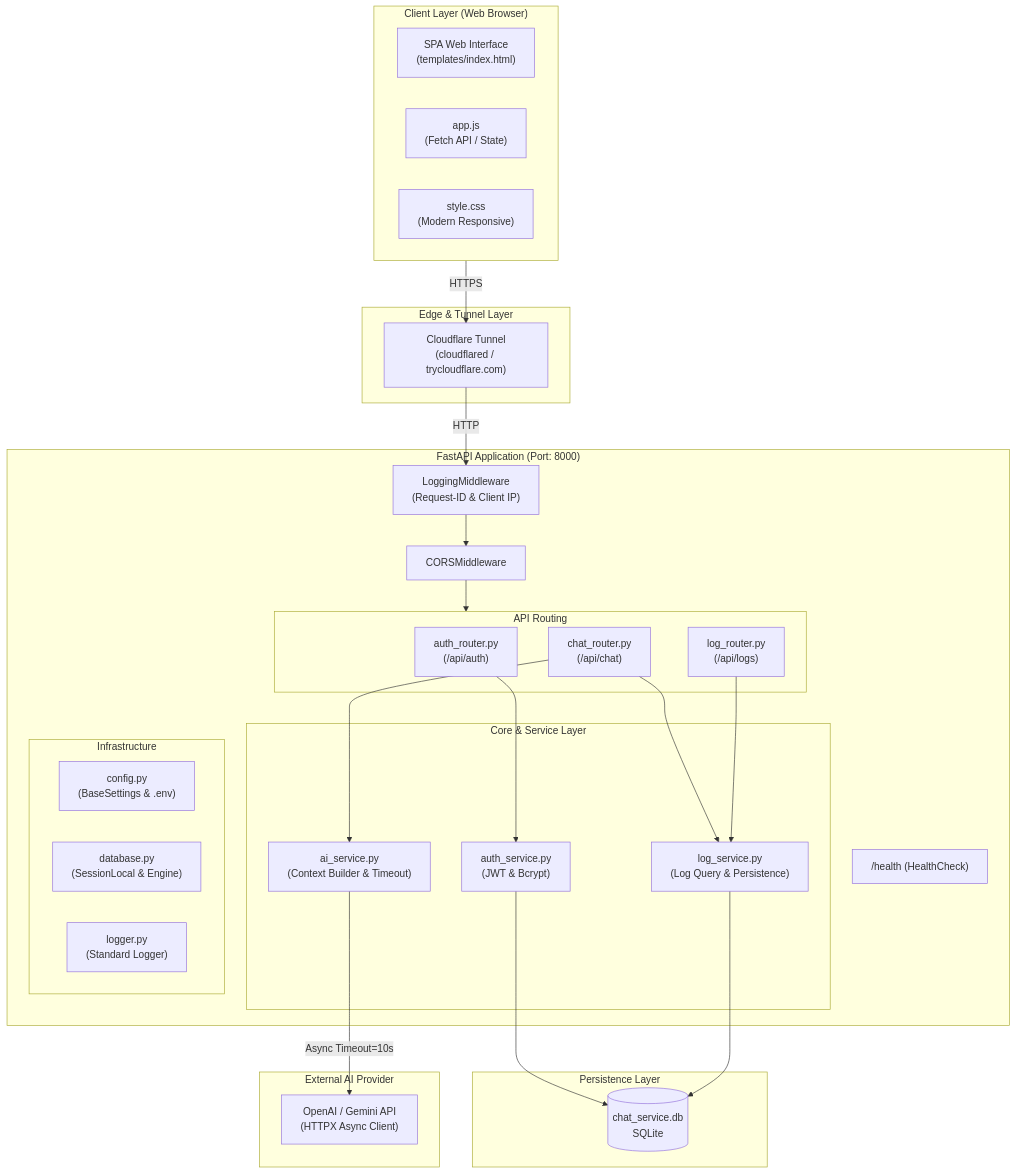
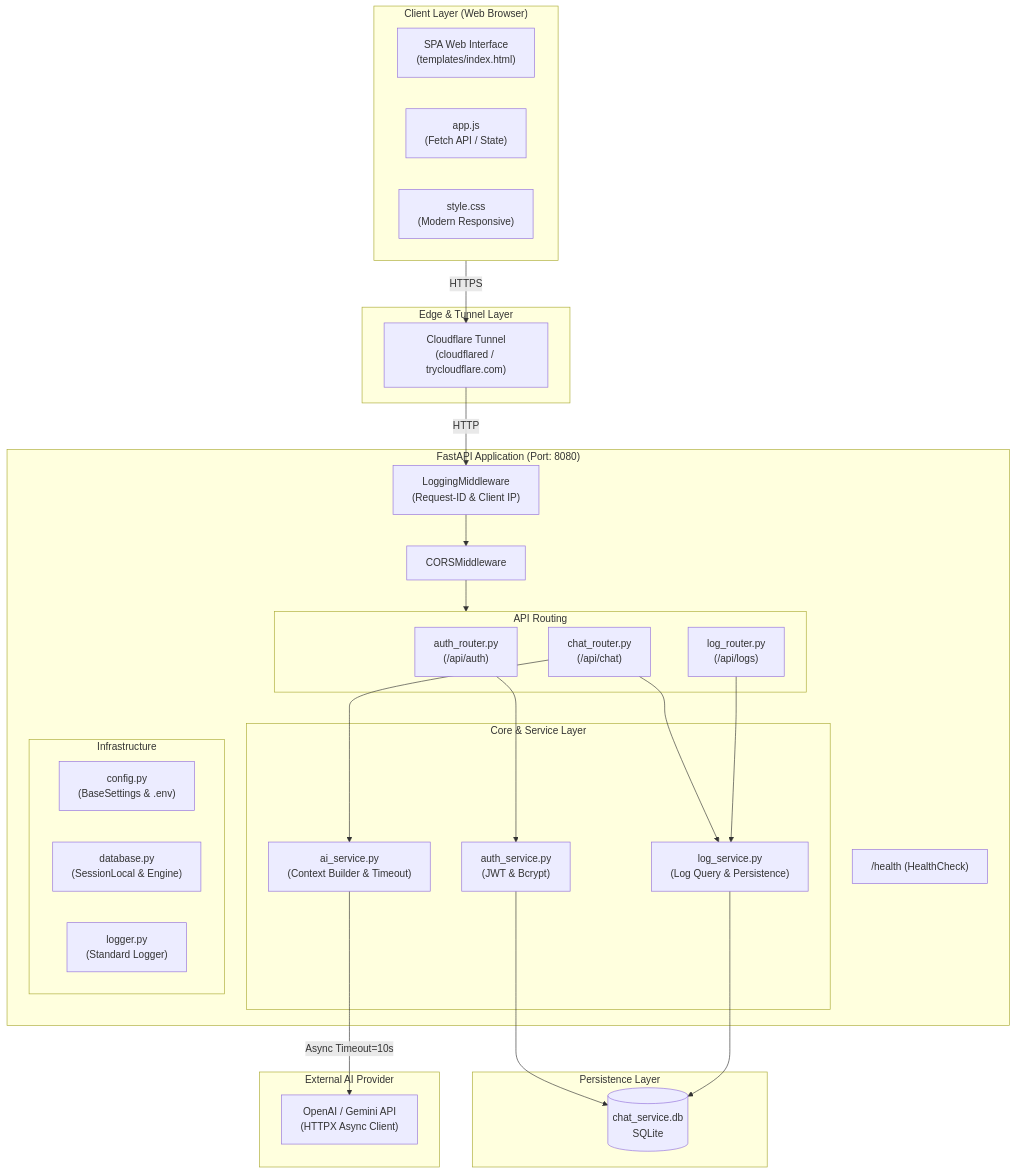
Before and after one commit to jha21vvv/codyssey-b7-1: the first of 2 diagrams in README.md, drawn with Mermaid. The commit also changed other lines of this file, not shown here.

````diff
--- a/README.md
+++ b/README.md
@@ -39,56 +39,56 @@
 ```mermaid
 flowchart TB
     subgraph Client ["Client Layer (Web Browser)"]
         UI["SPA Web Interface<br>(templates/index.html)"]
         JS["app.js<br>(Fetch API / State)"]
         CSS["style.css<br>(Modern Responsive)"]
     end
 
     subgraph Proxy ["Edge & Tunnel Layer"]
         CFTunnel["Cloudflare Tunnel<br>(cloudflared / trycloudflare.com)"]
     end
 
-    subgraph Backend ["FastAPI Application (Port: 8000)"]
+    subgraph Backend ["FastAPI Application (Port: 8080)"]
         MW["LoggingMiddleware<br>(Request-ID & Client IP)"]
         CORS["CORSMiddleware"]
         Health["/health (HealthCheck)"]
 
         subgraph Routers ["API Routing"]
             R_Auth["auth_router.py<br>(/api/auth)"]
             R_Chat["chat_router.py<br>(/api/chat)"]
             R_Log["log_router.py<br>(/api/logs)"]
         end
 
         subgraph Services ["Core & Service Layer"]
             S_Auth["auth_service.py<br>(JWT & Bcrypt)"]
             S_AI["ai_service.py<br>(Context Builder & Timeout)"]
             S_Log["log_service.py<br>(Log Query & Persistence)"]
         end
 
         subgraph Core ["Infrastructure"]
             CFG["config.py<br>(BaseSettings & .env)"]
             DB_ENG["database.py<br>(SessionLocal & Engine)"]
             LOG["logger.py<br>(Standard Logger)"]
         end
     end
 
     subgraph Storage ["Persistence Layer"]
         DB[(chat_service.db<br>SQLite)]
     end
 
     subgraph ExternalAI ["External AI Provider"]
         AI_API["OpenAI / Gemini API<br>(HTTPX Async Client)"]
     end
 
     Client -->|HTTPS| CFTunnel
     CFTunnel -->|HTTP| MW
     MW --> CORS
     CORS --> Routers
     R_Auth --> S_Auth
     R_Chat --> S_AI
     R_Chat --> S_Log
     R_Log --> S_Log
     S_Auth --> DB
     S_Log --> DB
     S_AI -->|Async Timeout=10s| AI_API
 ```
````
